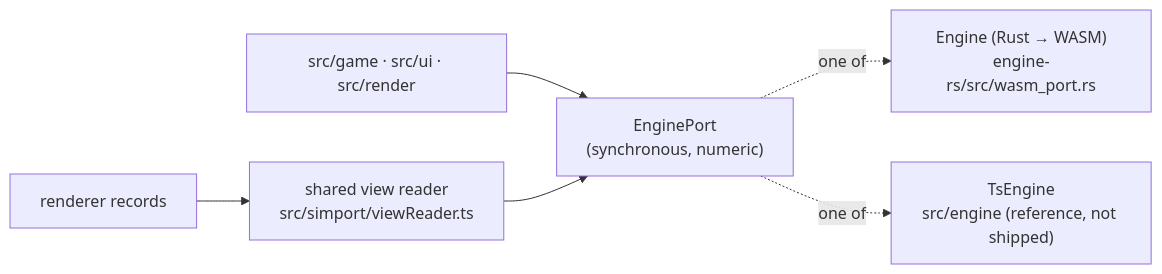
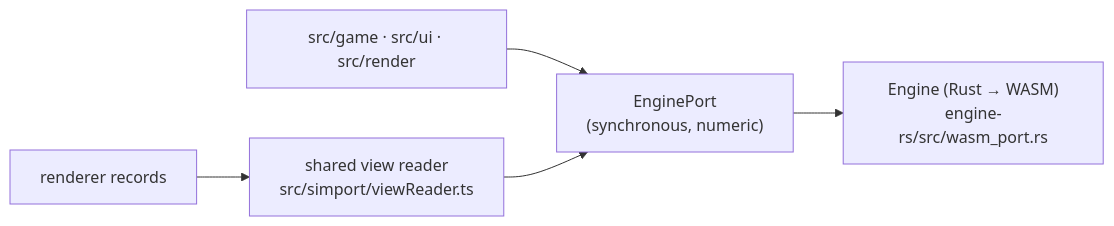
The seventh of 7 diagrams in ARCHITECTURE.md (maniator/verticopolis), drawn with Mermaid before and after one commit. The commit also changed other lines of this file and 3 other files, not shown here.

First line of the commit message:
Refresh the root README for the Rust-only engine (#1914)

````diff
--- a/ARCHITECTURE.md
+++ b/ARCHITECTURE.md
@@ -256,8 +300,7 @@
 ```mermaid
 flowchart LR
     UI["src/game · src/ui · src/render"] --> Port["EnginePort<br/>(synchronous, numeric)"]
-    Port -. one of .-> Rust["Engine (Rust → WASM)<br/>engine-rs/src/wasm_port.rs"]
-    Port -. one of .-> Ts["TsEngine<br/>src/engine (reference, not shipped)"]
+    Port --> Rust["Engine (Rust → WASM)<br/>engine-rs/src/wasm_port.rs"]
     Render["renderer records"] --> Reader["shared view reader<br/>src/simport/viewReader.ts"]
     Reader --> Port
 ```
````
